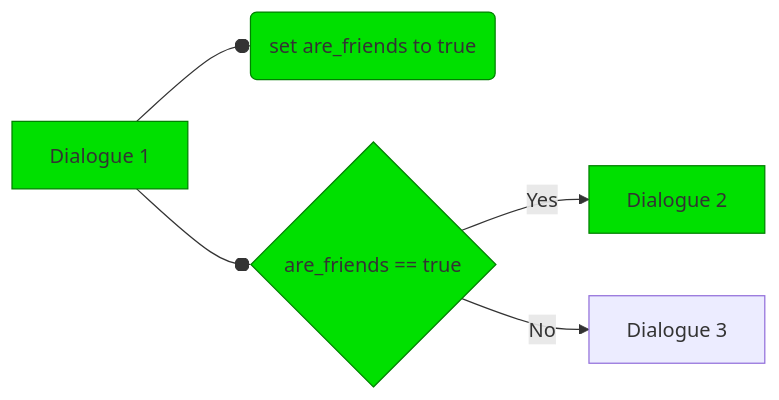
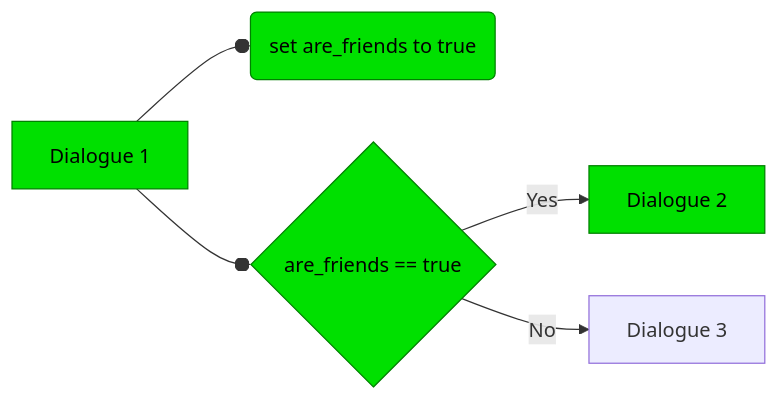
The fifth of 5 diagrams in README.md (coreapostrophe/fabulist), drawn with Mermaid before and after one commit.

````diff
--- a/README.md
+++ b/README.md
@@ -75,17 +75,17 @@
 ```mermaid
 flowchart LR
     dialogue_1[Dialogue 1] --o dialogue_1_on_next
-    style dialogue_1 fill:#00E000,stroke:#008000
+    style dialogue_1 fill:#00E000,stroke:#008000,color:black
 
     dialogue_1_on_next("set are_friends to true")
-    style dialogue_1_on_next fill:#00E000,stroke:#008000
+    style dialogue_1_on_next fill:#00E000,stroke:#008000,color:black
     dialogue_1 --o dialogue_1_on_change
 
     dialogue_1_on_change{"are_friends == true"} -->|Yes| dialogue_2
     dialogue_1_on_change -->|No| dialogue_3
-    style dialogue_1_on_change fill:#00E000,stroke:#008000
+    style dialogue_1_on_change fill:#00E000,stroke:#008000,color:black
 
     dialogue_2[Dialogue 2]
-    style dialogue_2 fill:#00E000,stroke:#008000
+    style dialogue_2 fill:#00E000,stroke:#008000,color:black
     dialogue_3[Dialogue 3]
 ```
````
